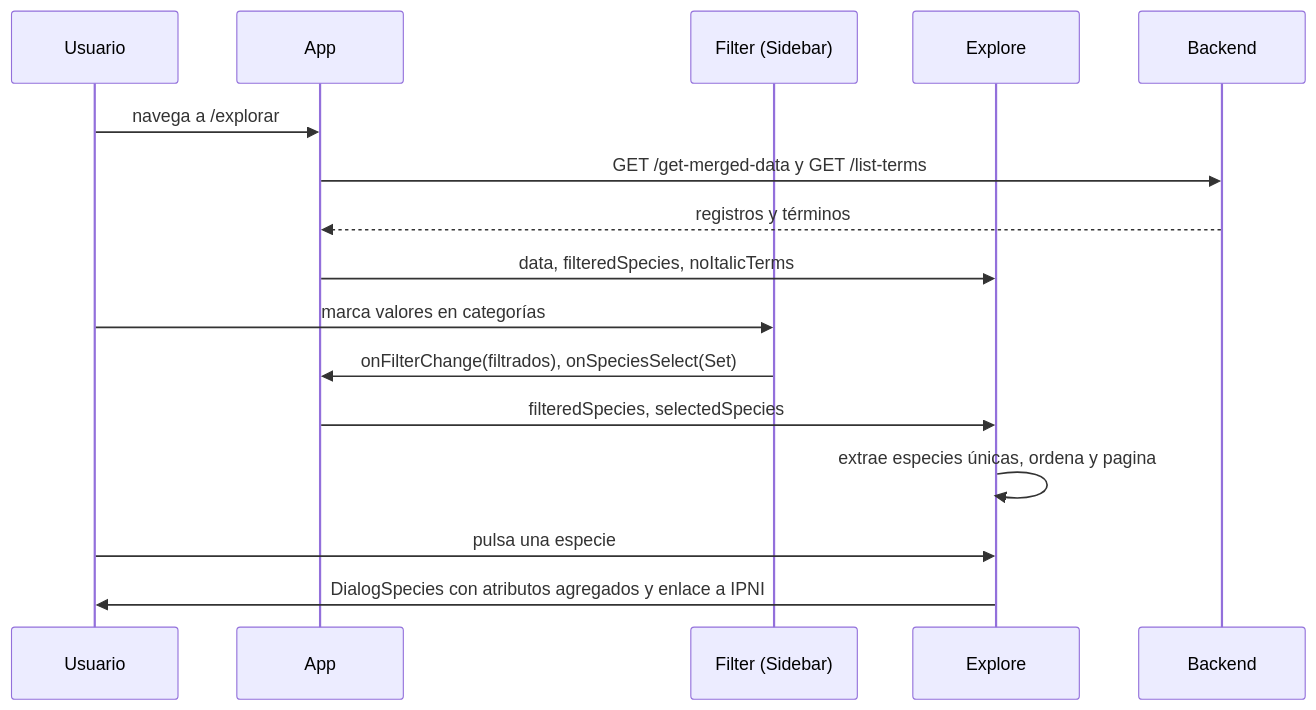
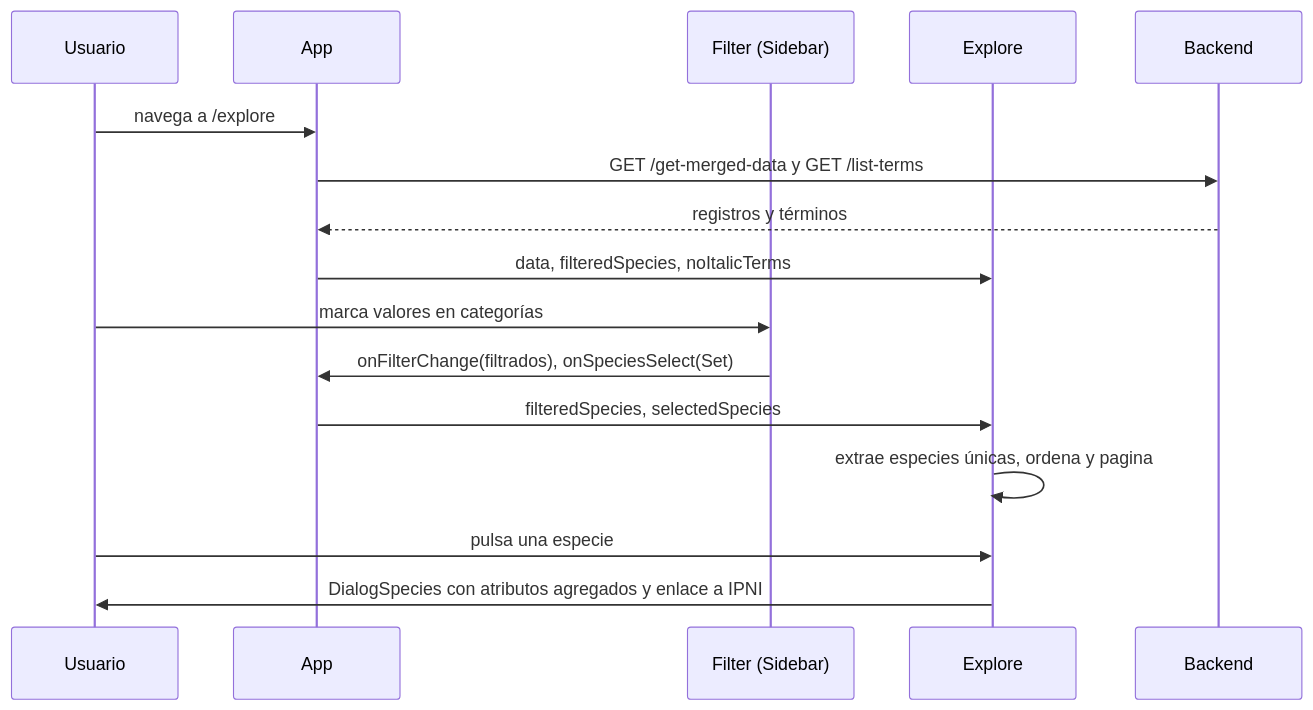
The first of 2 diagrams in docs/01-arquitectura.md (EdwinForero/sigmetum-frontend), drawn with Mermaid before and after one commit. The commit also changed other lines of this file and 91 other files, not shown here.

````diff
--- a/docs/01-arquitectura.md
+++ b/docs/01-arquitectura.md
@@ -118,18 +122,18 @@
 ```mermaid
 sequenceDiagram
     participant U as Usuario
     participant A as App
     participant F as Filter (Sidebar)
     participant E as Explore
     participant API as Backend
-    U->>A: navega a /explorar
+    U->>A: navega a /explore
     A->>API: GET /get-merged-data y GET /list-terms
     API-->>A: registros y términos
     A->>E: data, filteredSpecies, noItalicTerms
     U->>F: marca valores en categorías
     F->>A: onFilterChange(filtrados), onSpeciesSelect(Set)
     A->>E: filteredSpecies, selectedSpecies
     E->>E: extrae especies únicas, ordena y pagina
     U->>E: pulsa una especie
     E->>U: DialogSpecies con atributos agregados y enlace a IPNI
 ```
````
